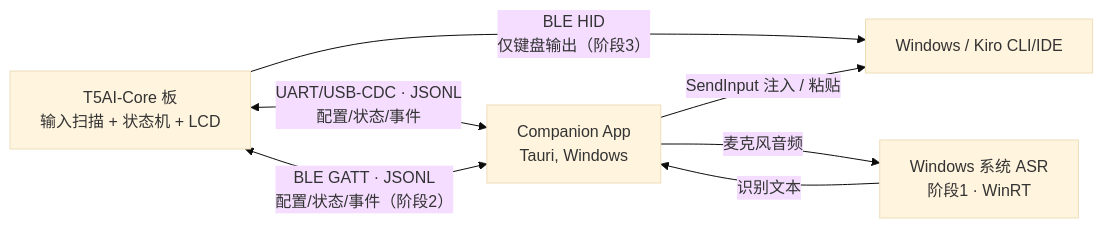
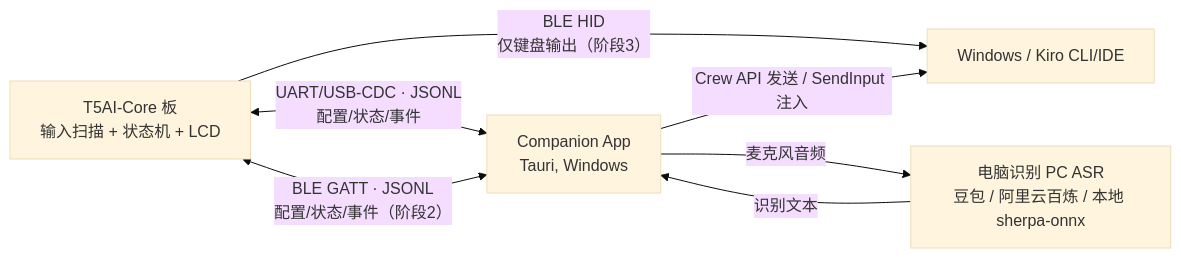
The diagram in shared/protocol/protocol.md (techeditor/ki-board-on-tuya), drawn with Mermaid (base theme) before and after one commit. The commit also changed other lines of this file and 112 other files, not shown here.

````diff
--- a/shared/protocol/protocol.md
+++ b/shared/protocol/protocol.md
@@ -19,14 +19,14 @@
 ```mermaid
 flowchart LR
   Board[T5AI-Core 板<br/>输入扫描 + 状态机 + LCD]
   Companion[Companion App<br/>Tauri, Windows]
   Host[Windows / Kiro CLI/IDE]
-  ASR[Windows 系统 ASR<br/>阶段1 · WinRT]
+  ASR[电脑识别 PC ASR<br/>豆包 / 阿里云百炼 / 本地 sherpa-onnx]
 
   Board -- BLE HID<br/>仅键盘输出（阶段3） --> Host
   Board <-- UART/USB-CDC · JSONL<br/>配置/状态/事件 --> Companion
   Board <-- BLE GATT · JSONL<br/>配置/状态/事件（阶段2） --> Companion
   Companion -- 麦克风音频 --> ASR
   ASR -- 识别文本 --> Companion
-  Companion -- SendInput 注入 / 粘贴 --> Host
+  Companion -- Crew API 发送 / SendInput 注入 --> Host
 ```
````
